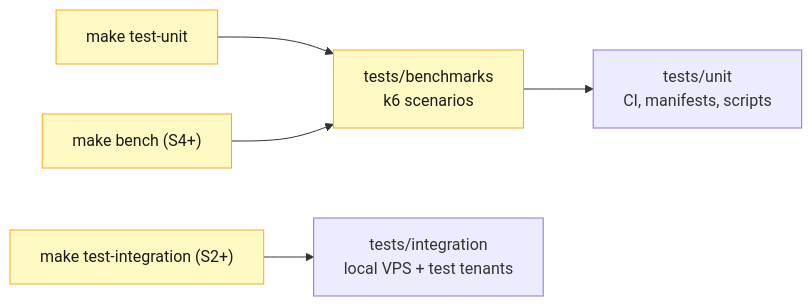
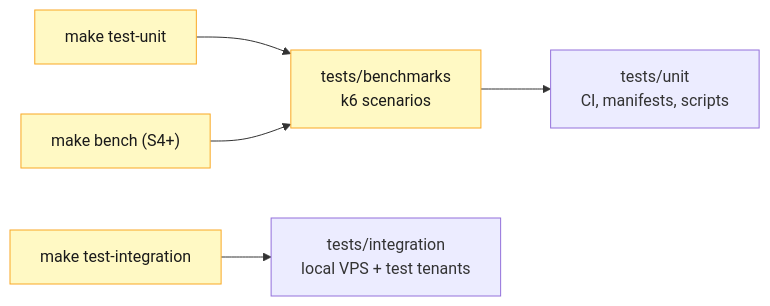
One commit to varunpathania86/nigu-lite changed the diagram in tests/README.md. Above: the diagram before and after it, drawn with Mermaid. The commit also changed other lines of this file and 50 other files, not shown here.

````diff
--- a/tests/README.md
+++ b/tests/README.md
@@ -7,8 +7,8 @@
 ```mermaid
 flowchart LR
   M["make test-unit"] --> B["Ephemeral Build Container"] --> U["tests/unit<br/>CI, manifests, scripts"]
-  M2["make test-integration (S2+)"] --> I["tests/integration<br/>local VPS + test tenants"]
+  M2["make test-integration"] --> I["tests/integration<br/>local VPS + test tenants"]
   M3["make bench (S4+)"] --> B["tests/benchmarks<br/>k6 scenarios"]
   class M,M2,M3,B tool
   classDef tool fill:#fff9c4,stroke:#f9a825,color:#1a1a1a
 ```
````
